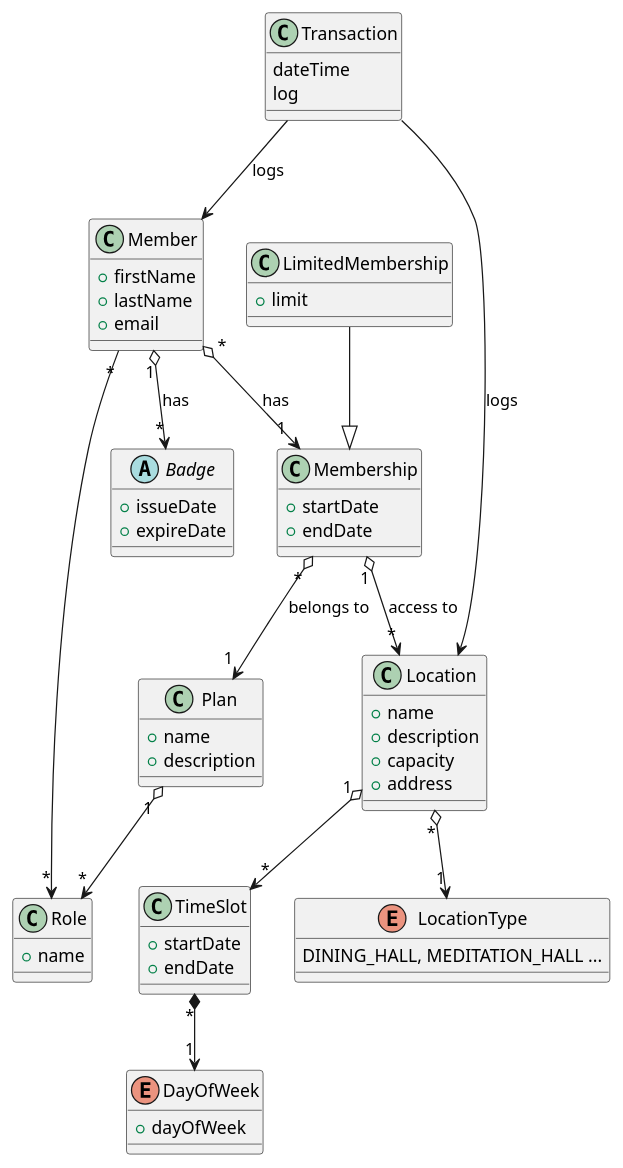
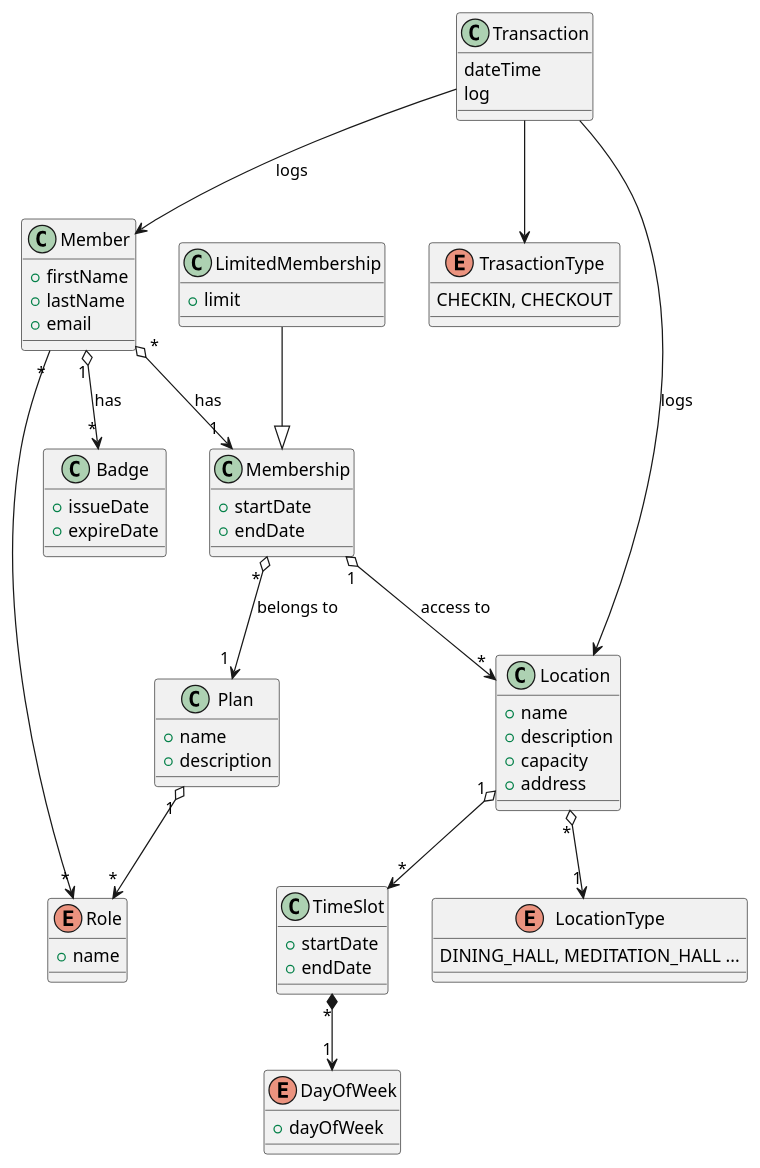
Before and after one commit to kgapparov/restful-badge-system: the diagram in RestfullBadgeSystem.puml, drawn with PlantUML.

Commit message:
Add TransactionType enum
Transaction Type can be either CHECKIN or CHECKOUT. This is added to maintain the logic of "capacity" for any given "location"

```diff
--- a/RestfullBadgeSystem.puml
+++ b/RestfullBadgeSystem.puml
@@ -1,71 +1,75 @@
 @startuml
-abstract class Badge {
+class Badge {
     +issueDate
     +expireDate
 }
 
 
 class Member {
     +firstName
     +lastName
     +email
 }
 
 
 class Membership{
     +startDate
     +endDate
 }
 
 class Plan {
     +name
     +description
 }
 
-class Role {
+enum Role {
     +name
 }
 
 class Location {
     +name
     +description
     +capacity
     +address
 }
 
 class LimitedMembership {
  +limit
 }
 
 class TimeSlot {
     +startDate
     +endDate
 }
 
 enum DayOfWeek {
     +dayOfWeek
 }
 
 class Transaction {
     dateTime
     log
 }
+enum TrasactionType {
+    CHECKIN, CHECKOUT
+}
 enum LocationType {
     DINING_HALL, MEDITATION_HALL ...
 }
 
 Member "1" o--> "*" Badge: has
 Member " * " o--> " 1 " Membership : has
 Membership " * " o-->" 1 " Plan: belongs to
 Membership "1" o--> "*" Location: access to
 LimitedMembership --|> Membership
 Plan "1 " o--> "*" Role
 Location "1" o-->"*" TimeSlot
 Location "*" o--> "1" LocationType
 TimeSlot "*" *--> "1" DayOfWeek
 
 Role "*" <-- "*" Member
 Transaction --> Member: logs
 Transaction --> Location: logs
+Transaction --> TrasactionType
 
 @enduml
```
